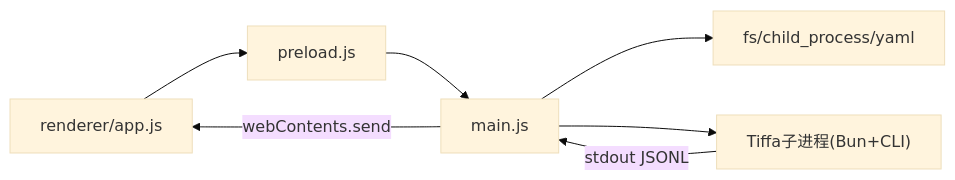
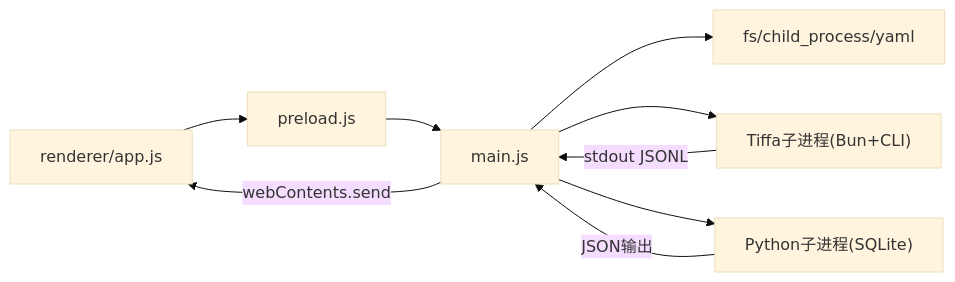
Before and after one commit to swond-Mao/Tiffa: the fourth of 8 diagrams in .qoder/repowiki/zh/content/核心架构/IPC通信机制.md, drawn with Mermaid (base theme). The commit also changed other lines of this file and 359 other files, not shown here.

````diff
--- a/.qoder/repowiki/zh/content/核心架构/IPC通信机制.md
+++ b/.qoder/repowiki/zh/content/核心架构/IPC通信机制.md
@@ -184,9 +246,11 @@
 ```mermaid
 graph LR
 R["renderer/app.js"] --> P["preload.js"]
 P --> M["main.js"]
 M --> FS["fs/child_process/yaml"]
 M --> S["Tiffa子进程(Bun+CLI)"]
+M --> PY["Python子进程(SQLite)"]
 S --"stdout JSONL" --> M
+PY --"JSON输出" --> M
 M --"webContents.send" --> R
 ```
````
